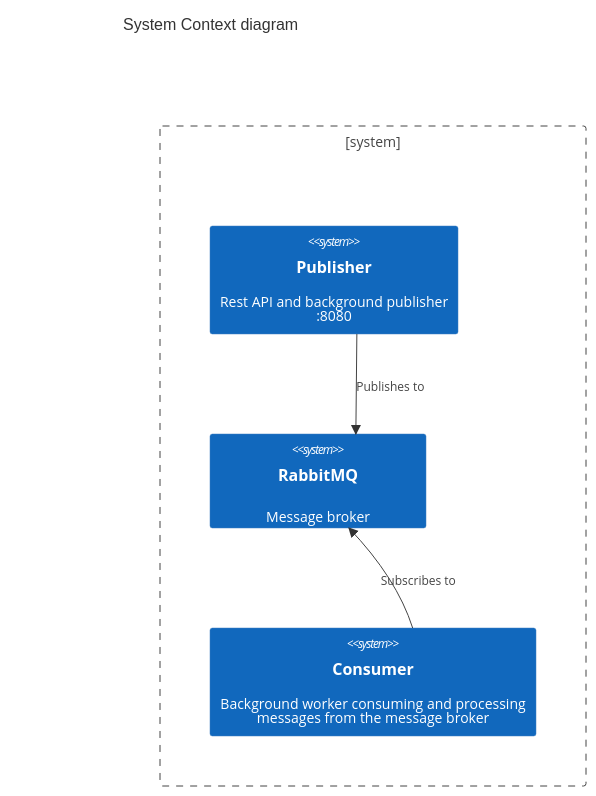
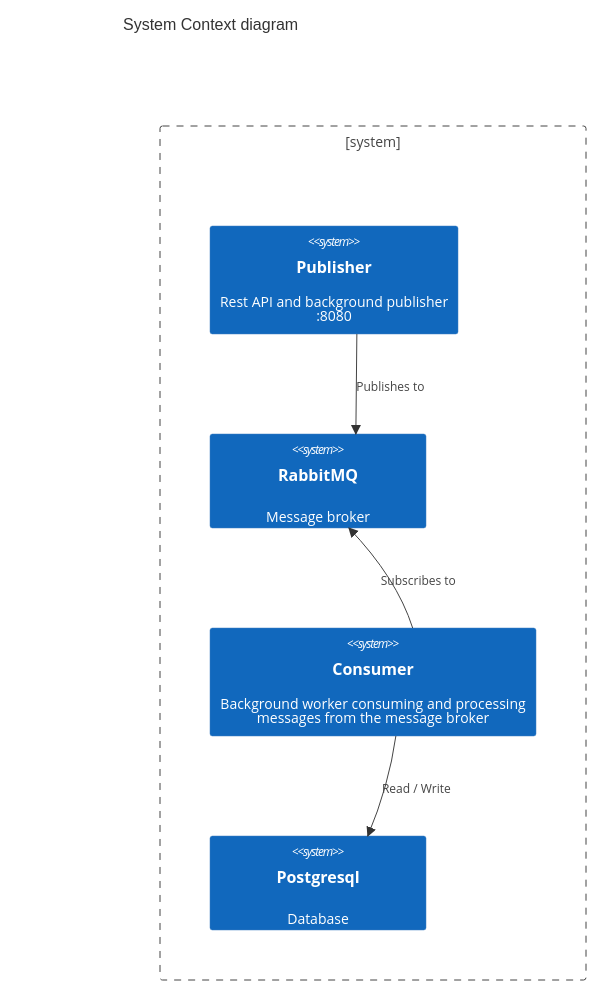
One commit to samuel-poirier/go-ref changed the diagram in README.md. Above: the diagram before and after it, drawn with Mermaid. The commit also changed other lines of this file and 46 other files, not shown here.

````diff
--- a/README.md
+++ b/README.md
@@ -18,16 +18,18 @@
 ```mermaid
     C4Context
       title System Context diagram
       Boundary(b0, "") {
         System(publisher, "Publisher", "Rest API and background publisher<br>:8080")
         System(rabbitmq, "RabbitMQ", "Message broker")
         System(consumer, "Consumer", "Background worker consuming and processing <br>messages from the message broker")
+        System(postgresql, "Postgresql", "Database")
       }
 
       Rel(publisher, rabbitmq, "Publishes to")
       Rel(consumer, rabbitmq, "Subscribes to")
+      Rel(consumer, postgresql, "Read / Write")
       UpdateLayoutConfig($c4ShapeInRow="1", $c4BoundaryInRow="1")
 
 
 
 ```
````
